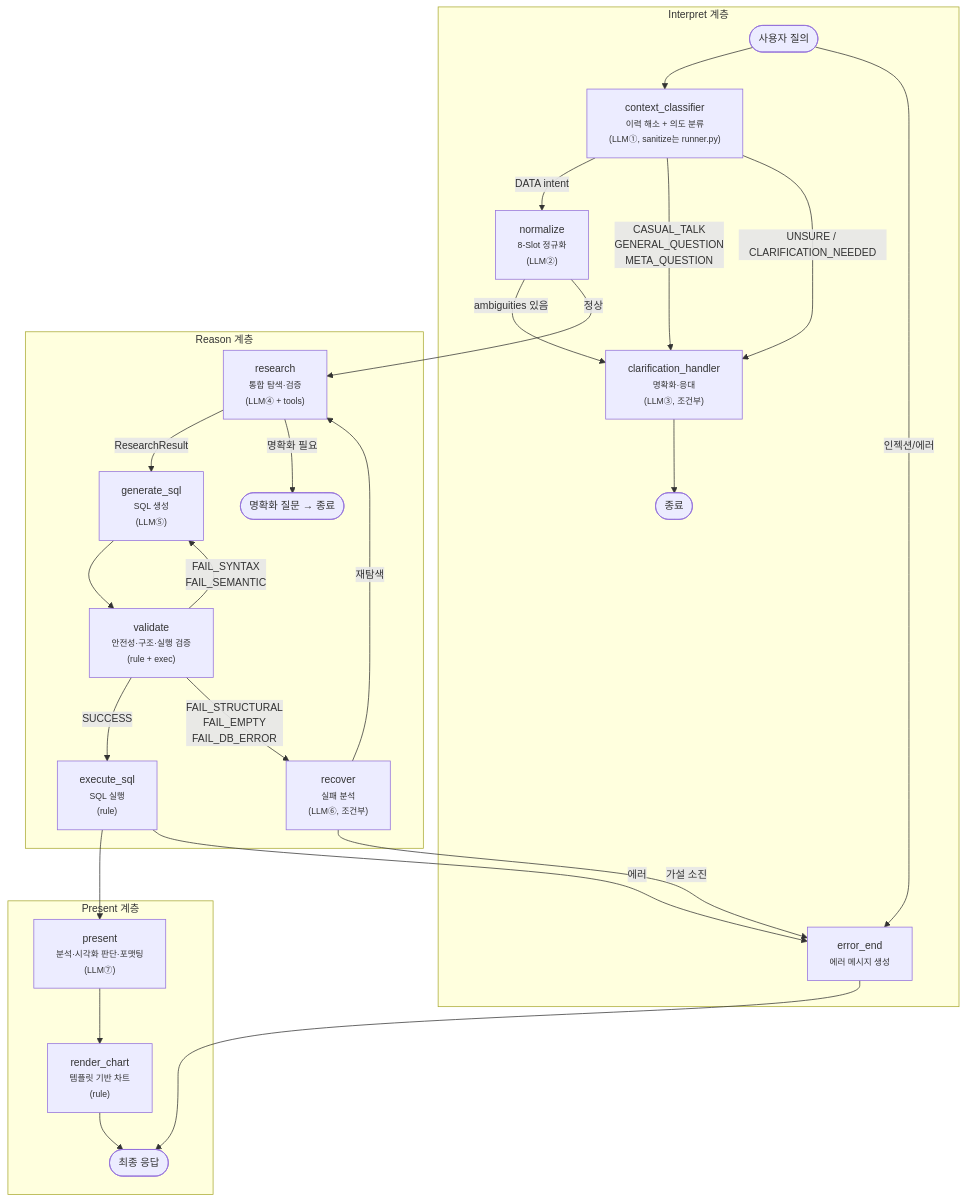
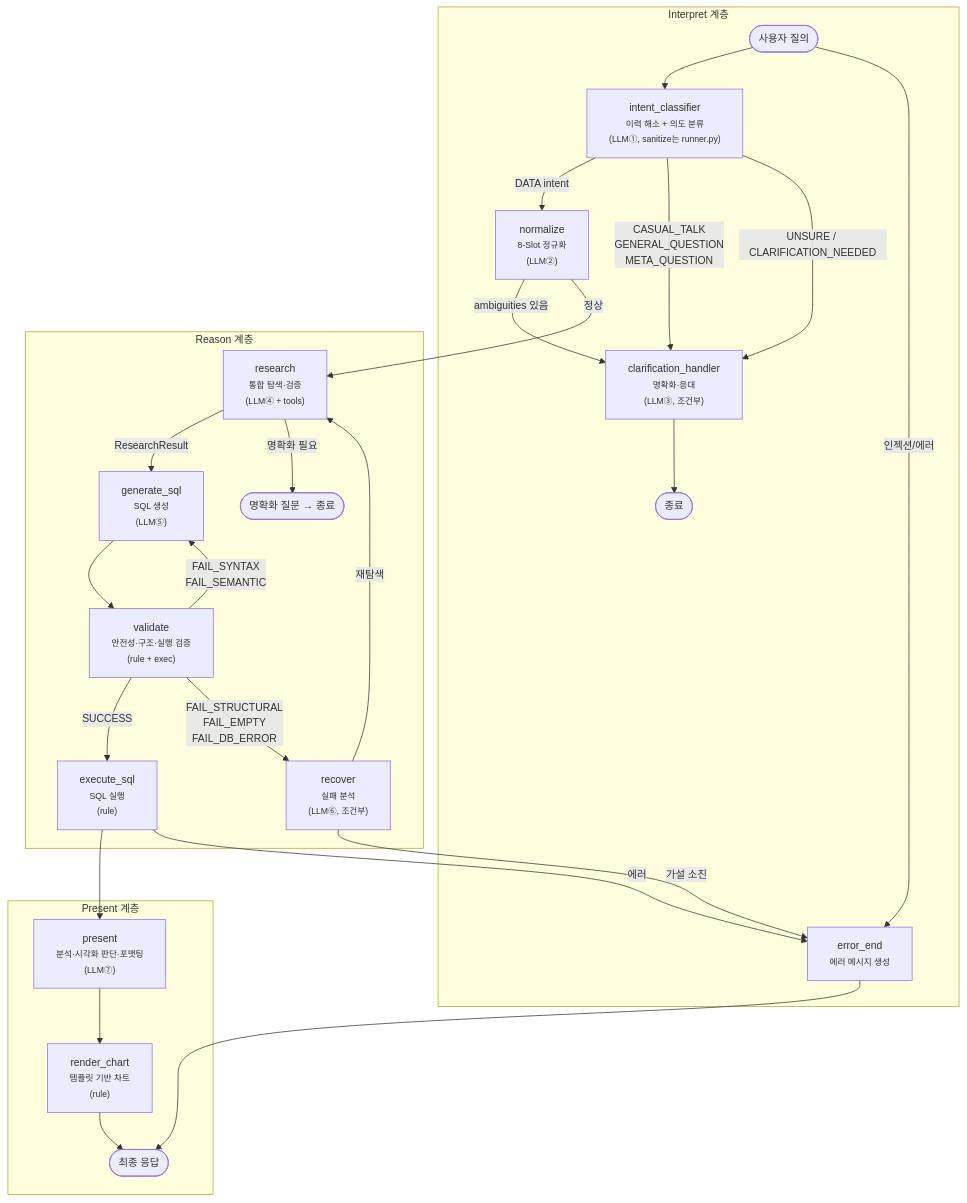
Before and after one commit to cheol-hee-han/data-copilot: the first of 6 diagrams in docs/architecture/large-model-architecture.md, drawn with Mermaid. The commit also changed other lines of this file and 296 other files, not shown here.

````diff
--- a/docs/architecture/large-model-architecture.md
+++ b/docs/architecture/large-model-architecture.md
@@ -656,38 +656,38 @@
 ```mermaid
 ---
 config:
   themeVariables:
     fontSize: 14px
 ---
 flowchart TD
     subgraph interpret["Interpret 계층"]
-        A([사용자 질의]) --> U["context_classifier<br/><small>이력 해소 + 의도 분류<br/>(LLM①, sanitize는 runner.py)</small>"]
+        A([사용자 질의]) --> U["intent_classifier<br/><small>이력 해소 + 의도 분류<br/>(LLM①, sanitize는 runner.py)</small>"]
         A -->|인젝션/에러| ERR
         U -->|"DATA intent"| N["normalize<br/><small>8-Slot 정규화<br/>(LLM②)</small>"]
         U -->|"CASUAL_TALK<br/>GENERAL_QUESTION<br/>META_QUESTION"| CLR
         U -->|"UNSURE / CLARIFICATION_NEEDED"| CLR["clarification_handler<br/><small>명확화·응대<br/>(LLM③, 조건부)</small>"]
         CLR --> END_CLR([종료])
         N -->|ambiguities 있음| CLR
     end
 
     subgraph reason["Reason 계층"]
         N -->|정상| R["research<br/><small>통합 탐색·검증<br/>(LLM④ + tools)</small>"]
         R -->|"ResearchResult"| G["generate_sql<br/><small>SQL 생성<br/>(LLM⑤)</small>"]
         R -->|명확화 필요| END_R_CLR([명확화 질문 → 종료])
         G --> V["validate<br/><small>안전성·구조·실행 검증<br/>(rule + exec)</small>"]
         V -->|SUCCESS| EXEC
         V -->|"FAIL_SYNTAX<br/>FAIL_SEMANTIC"| G
         V -->|"FAIL_STRUCTURAL<br/>FAIL_EMPTY<br/>FAIL_DB_ERROR"| REC["recover<br/><small>실패 분석<br/>(LLM⑥, 조건부)</small>"]
         REC -->|재탐색| R
         REC -->|가설 소진| ERR
     end
 
     subgraph present["Present 계층"]
         EXEC["execute_sql<br/><small>SQL 실행<br/>(rule)</small>"] --> P["present<br/><small>분석·시각화 판단·포맷팅<br/>(LLM⑦)</small>"]
         EXEC -->|에러| ERR
         P --> RC["render_chart<br/><small>템플릿 기반 차트<br/>(rule)</small>"]
         RC --> END_OK([최종 응답])
     end
 
     ERR["error_end<br/><small>에러 메시지 생성</small>"] --> END_OK
 ```
````
